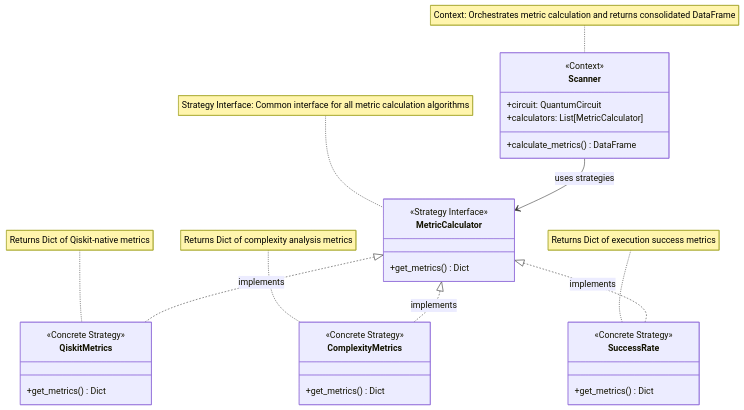
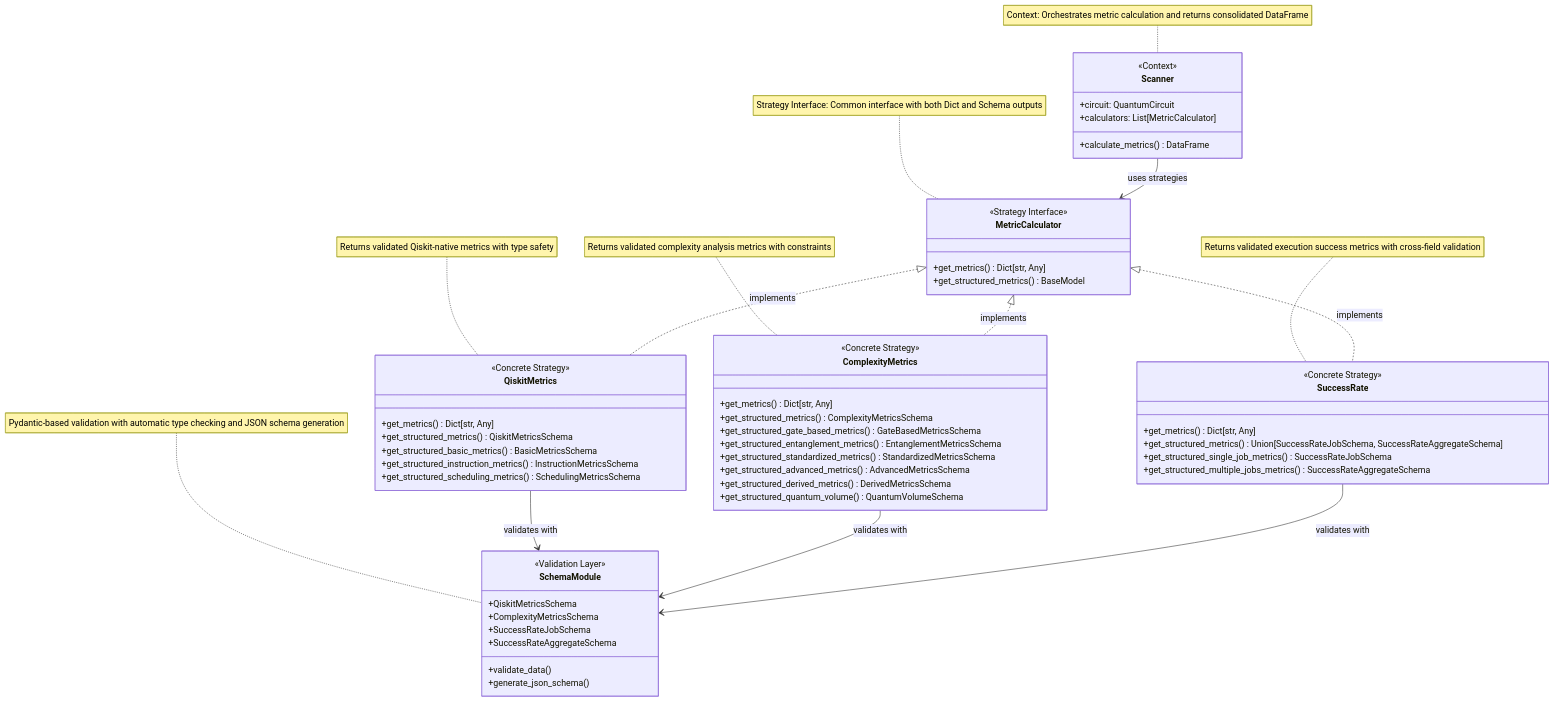
The first of 4 diagrams in docs/architecture.md (xthecapx/qiskit-qward), drawn with Mermaid before and after one commit. The commit also changed other lines of this file and 15 other files, not shown here.

First line of the commit message:
Enhance QWARD with Schema-Based Validation and Updated Metrics

````diff
--- a/docs/architecture.md
+++ b/docs/architecture.md
@@ -13,46 +13,77 @@
 ```{mermaid}
 classDiagram
-    %% Simplified Strategy Pattern for QWARD
+    %% Simplified Strategy Pattern for QWARD with Schema Validation
     
     class Scanner {
         <<Context>>
         +circuit: QuantumCircuit
         +calculators: List[MetricCalculator]
         +calculate_metrics() DataFrame
     }
 
     class MetricCalculator {
         <<Strategy Interface>>
-        +get_metrics() Dict
+        +get_metrics() Dict[str, Any]
+        +get_structured_metrics() BaseModel
     }
 
     class QiskitMetrics {
         <<Concrete Strategy>>
-        +get_metrics() Dict
+        +get_metrics() Dict[str, Any]
+        +get_structured_metrics() QiskitMetricsSchema
+        +get_structured_basic_metrics() BasicMetricsSchema
+        +get_structured_instruction_metrics() InstructionMetricsSchema
+        +get_structured_scheduling_metrics() SchedulingMetricsSchema
     }
 
     class ComplexityMetrics {
         <<Concrete Strategy>>
-        +get_metrics() Dict
+        +get_metrics() Dict[str, Any]
+        +get_structured_metrics() ComplexityMetricsSchema
+        +get_structured_gate_based_metrics() GateBasedMetricsSchema
+        +get_structured_entanglement_metrics() EntanglementMetricsSchema
+        +get_structured_standardized_metrics() StandardizedMetricsSchema
+        +get_structured_advanced_metrics() AdvancedMetricsSchema
+        +get_structured_derived_metrics() DerivedMetricsSchema
+        +get_structured_quantum_volume() QuantumVolumeSchema
     }
 
     class SuccessRate {
         <<Concrete Strategy>>
-        +get_metrics() Dict
+        +get_metrics() Dict[str, Any]
+        +get_structured_metrics() Union[SuccessRateJobSchema, SuccessRateAggregateSchema]
+        +get_structured_single_job_metrics() SuccessRateJobSchema
+        +get_structured_multiple_jobs_metrics() SuccessRateAggregateSchema
+    }
+
+    class SchemaModule {
+        <<Validation Layer>>
+        +QiskitMetricsSchema
+        +ComplexityMetricsSchema
+        +SuccessRateJobSchema
+        +SuccessRateAggregateSchema
+        +validate_data()
+        +generate_json_schema()
     }
 
     %% Strategy Pattern Relationships
     Scanner --> MetricCalculator : uses strategies
     
     %% Strategy Interface Implementation
     MetricCalculator <|.. QiskitMetrics : implements
     MetricCalculator <|.. ComplexityMetrics : implements
     MetricCalculator <|.. SuccessRate : implements
+    
+    %% Schema Integration
+    QiskitMetrics --> SchemaModule : validates with
+    ComplexityMetrics --> SchemaModule : validates with
+    SuccessRate --> SchemaModule : validates with
 
     %% Pattern Notes
     note for Scanner "Context: Orchestrates metric calculation and returns consolidated DataFrame"
-    note for MetricCalculator "Strategy Interface: Common interface for all metric calculation algorithms"
-    note for QiskitMetrics "Returns Dict of Qiskit-native metrics"
-    note for ComplexityMetrics "Returns Dict of complexity analysis metrics"
-    note for SuccessRate "Returns Dict of execution success metrics"
+    note for MetricCalculator "Strategy Interface: Common interface with both Dict and Schema outputs"
+    note for QiskitMetrics "Returns validated Qiskit-native metrics with type safety"
+    note for ComplexityMetrics "Returns validated complexity analysis metrics with constraints"
+    note for SuccessRate "Returns validated execution success metrics with cross-field validation"
+    note for SchemaModule "Pydantic-based validation with automatic type checking and JSON schema generation"
 ```
````
